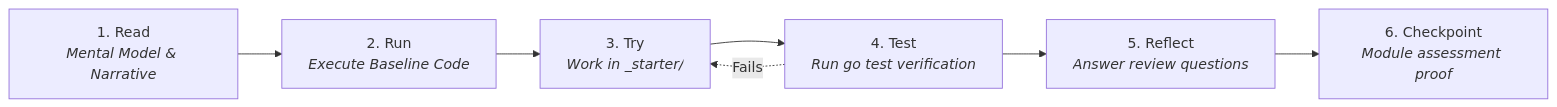
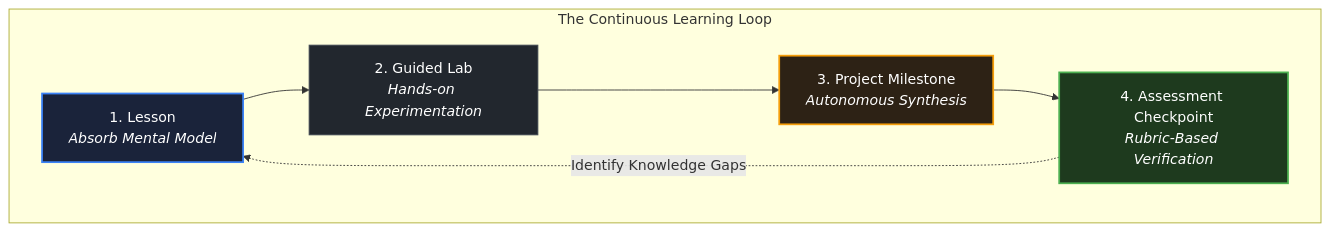
Before and after one commit to swe-labs/the-go-engineer: the diagram in curriculum/modules/00-orientation/lessons/03-how-lessons-exercises-projects-and-checkpoints-work/README.md, drawn with Mermaid. The commit also changed other lines of this file and 42 other files, not shown here.

````diff
--- a/curriculum/modules/00-orientation/lessons/03-how-lessons-exercises-projects-and-checkpoints-work/README.md
+++ b/curriculum/modules/00-orientation/lessons/03-how-lessons-exercises-projects-and-checkpoints-work/README.md
@@ -36,14 +33,17 @@
 ```mermaid
-flowchart LR
+flowchart TD
     classDef frontDoor fill:#1a233a,stroke:#3b82f6,stroke-width:2px,color:#ffffff;
     classDef exitGate fill:#1e3a1e,stroke:#4caf50,stroke-width:2px,color:#ffffff;
     classDef standardNode fill:#22272e,stroke:#444c56,stroke-width:1px,color:#ffffff;
     classDef capstoneNode fill:#2d2215,stroke:#f59e0b,stroke-width:2px,color:#ffffff;
-    S1["1. Read<br/><i>Mental Model & Narrative</i>"] --> S2["2. Run<br/><i>Execute Baseline Code</i>"]
-    S2 --> S3["3. Try<br/><i>Work in _starter/</i>"]
-    S3 --> S4["4. Test<br/><i>Run go test verification</i>"]
-    S4 --> S5["5. Reflect<br/><i>Answer review questions</i>"]
-    S5 --> S6["6. Checkpoint<br/><i>Module assessment proof</i>"]
 
-    S4 -.->|Fails| S3
+    subgraph Loop ["The Continuous Learning Loop"]
+        L1["1. Lesson<br/><i>Absorb Mental Model</i>"]:::frontDoor
+        L2["2. Guided Lab<br/><i>Hands-on Experimentation</i>"]:::standardNode
+        L3["3. Project Milestone<br/><i>Autonomous Synthesis</i>"]:::capstoneNode
+        L4["4. Assessment Checkpoint<br/><i>Rubric-Based Verification</i>"]:::exitGate
+
+        L1 --> L2 --> L3 --> L4
+        L4 -.->|Identify Knowledge Gaps| L1
+    end
 ```
````
